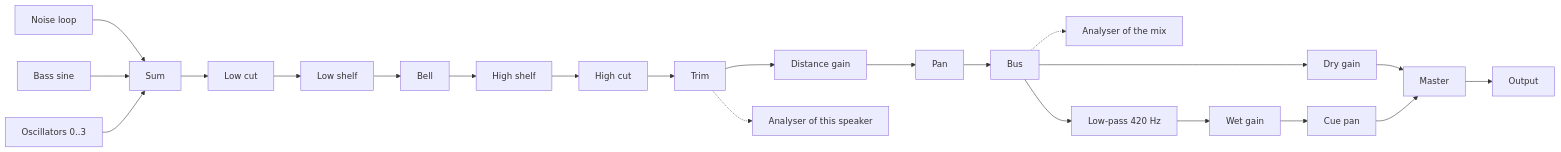
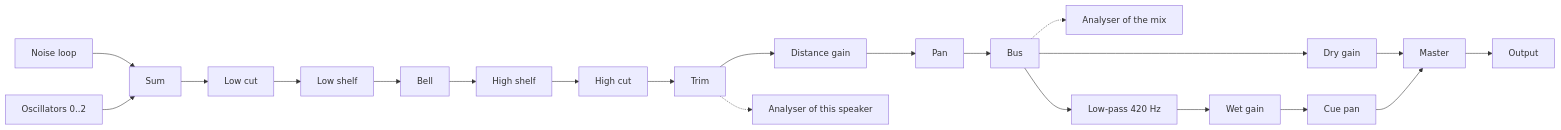
One commit to JaceDashS/hush-garden changed the first of 2 diagrams in docs/design/app/10-garden.md. Above: the diagram before and after it, drawn with Mermaid. The commit also changed other lines of this file and 28 other files, not shown here.

````diff
--- a/docs/design/app/10-garden.md
+++ b/docs/design/app/10-garden.md
@@ -38,13 +40,12 @@
 ```mermaid
 flowchart LR
     N["Noise loop"] --> S["Sum"]
-    B["Bass sine"] --> S
-    O["Oscillators 0..3"] --> S
+    O["Oscillators 0..2"] --> S
     S --> HP["Low cut"] --> LS["Low shelf"] --> MID["Bell"] --> HS["High shelf"] --> LP["High cut"]
     LP --> T["Trim"] --> G["Distance gain"] --> P["Pan"] --> BUS["Bus"]
     T -.-> AN["Analyser of this speaker"]
     BUS -.-> MA["Analyser of the mix"]
     BUS --> DRY["Dry gain"] --> M["Master"]
     BUS --> DARK["Low-pass 420 Hz"] --> WET["Wet gain"] --> WP["Cue pan"] --> M
     M --> OUT["Output"]
 ```
````
